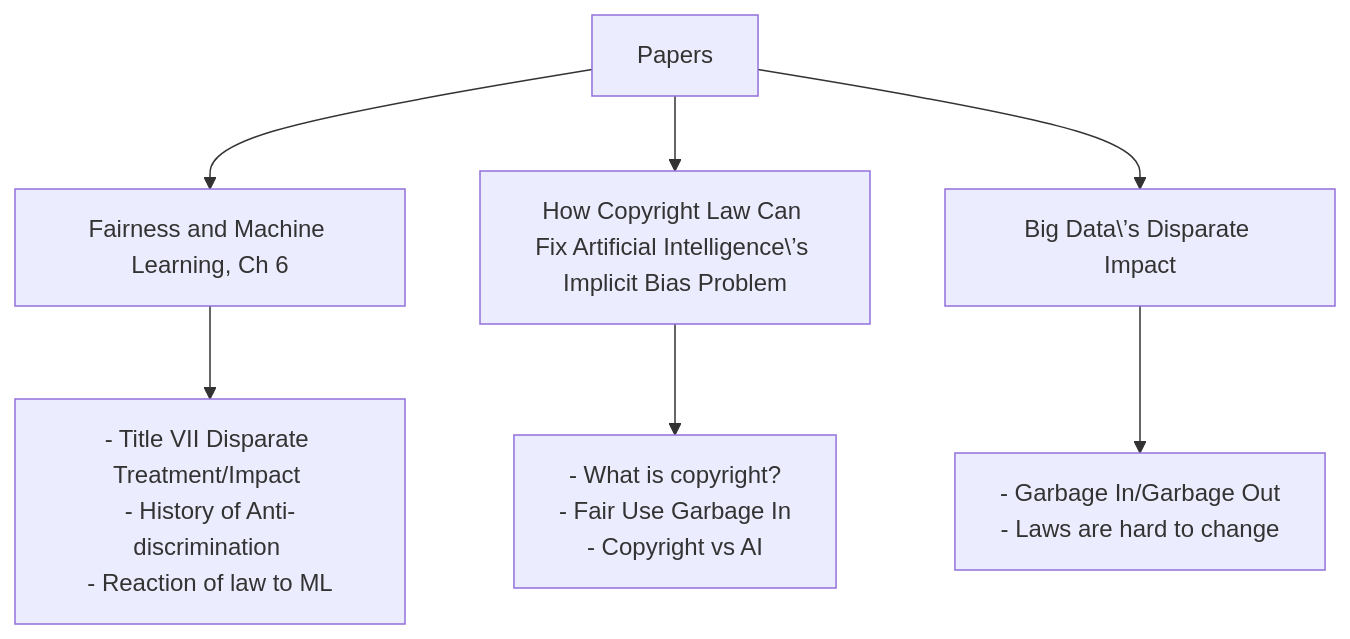
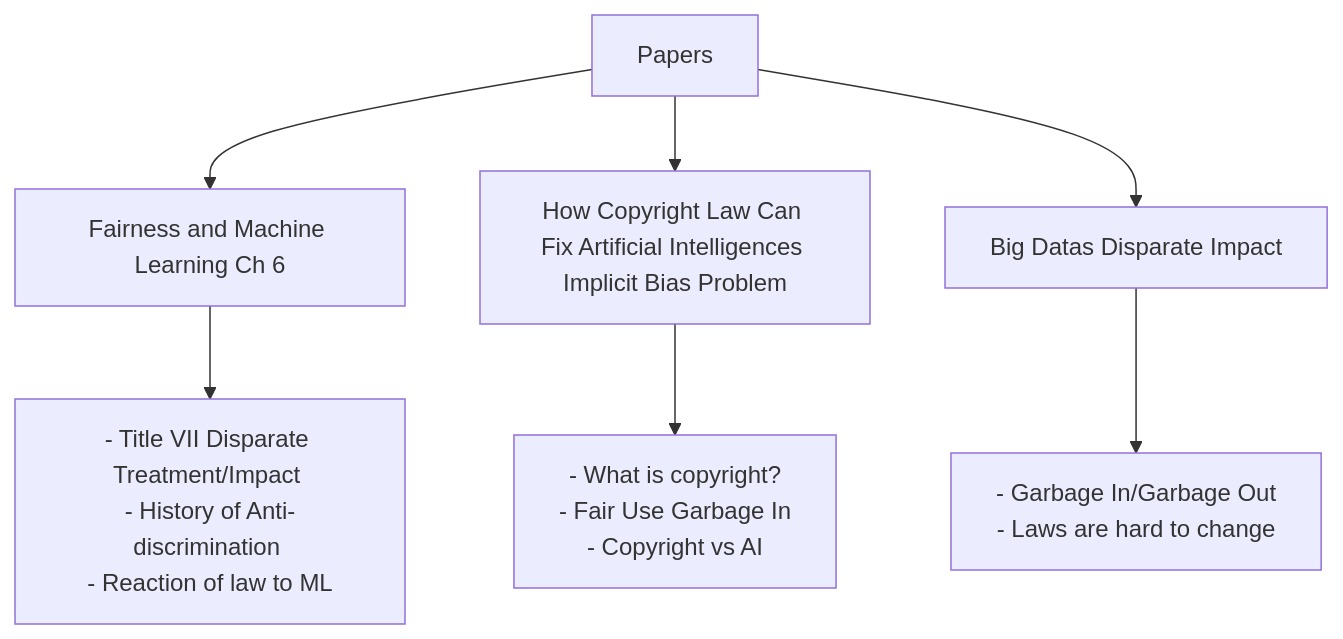
The diagram in fairness/feb-21.md (uva-responsibleai/fall-24), drawn with Mermaid before and after one commit.

Commit message:
Moved fair use to background

````diff
--- a/fairness/feb-21.md
+++ b/fairness/feb-21.md
@@ -5,9 +5,9 @@
 ```mermaid
 flowchart TD;
-    A[Papers] -->B[Fairness and Machine Learning, Ch 6];
-    A-->C[How Copyright Law Can Fix Artificial Intelligence\’s Implicit Bias Problem];
-    A-->D[Big Data\’s Disparate Impact];
+    A[Papers] -->B[Fairness and Machine Learning Ch 6];
+    A-->C[How Copyright Law Can Fix Artificial Intelligences Implicit Bias Problem];
+    A-->D[Big Datas Disparate Impact];
     B-->E[- Title VII Disparate Treatment/Impact <br>- History of Anti-discrimination <br>- Reaction of law to ML];
     C-->F[- What is copyright? <br>- Fair Use Garbage In<br>- Copyright vs AI];
     D-->G[- Garbage In/Garbage Out<br>- Laws are hard to change];
 ```
````
